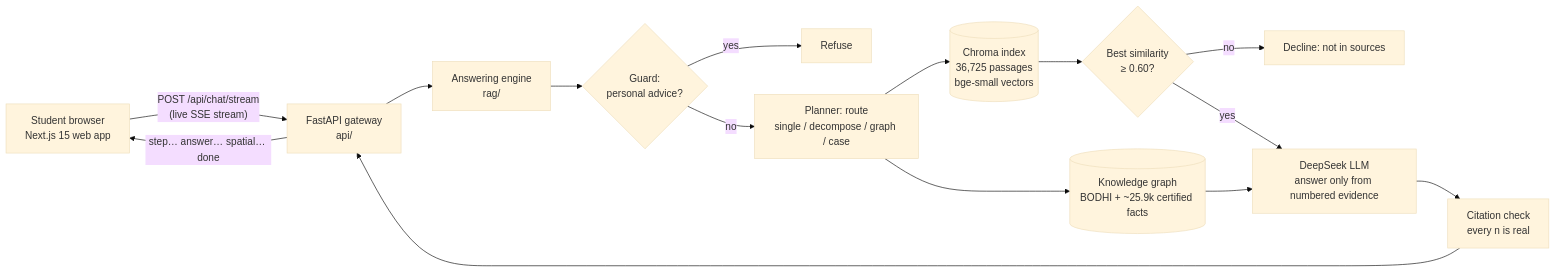
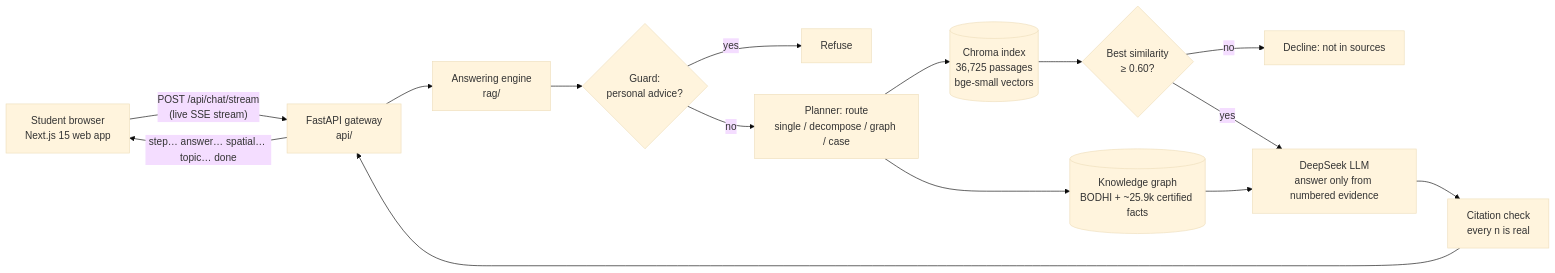
One commit to dr-ishaanwadhwa/medevolv-mentor changed the first of 3 diagrams in docs/team/TEAM_GUIDE.md. Above: the diagram before and after it, drawn with Mermaid (base theme). The commit also changed other lines of this file and 2 other files, not shown here.

````diff
--- a/docs/team/TEAM_GUIDE.md
+++ b/docs/team/TEAM_GUIDE.md
@@ -248,17 +349,17 @@
 ```mermaid
 flowchart LR
   S[Student browser<br/>Next.js 15 web app] -- "POST /api/chat/stream<br/>(live SSE stream)" --> G[FastAPI gateway<br/>api/]
   G --> E[Answering engine<br/>rag/]
   E --> GU{Guard:<br/>personal advice?}
   GU -- yes --> R1[Refuse]
   GU -- no --> P[Planner: route<br/>single / decompose / graph / case]
   P --> V[(Chroma index<br/>36,725 passages<br/>bge-small vectors)]
   P --> KG[(Knowledge graph<br/>BODHI + ~25.9k certified facts)]
   V --> F{Best similarity<br/>≥ 0.60?}
   F -- no --> R2[Decline: not in sources]
   F -- yes --> L[DeepSeek LLM<br/>answer only from numbered evidence]
   KG --> L
   L --> C[Citation check<br/>every n is real]
   C --> G
-  G -- "step… answer… spatial… done" --> S
+  G -- "step… answer… spatial… topic… done" --> S
 ```
````
